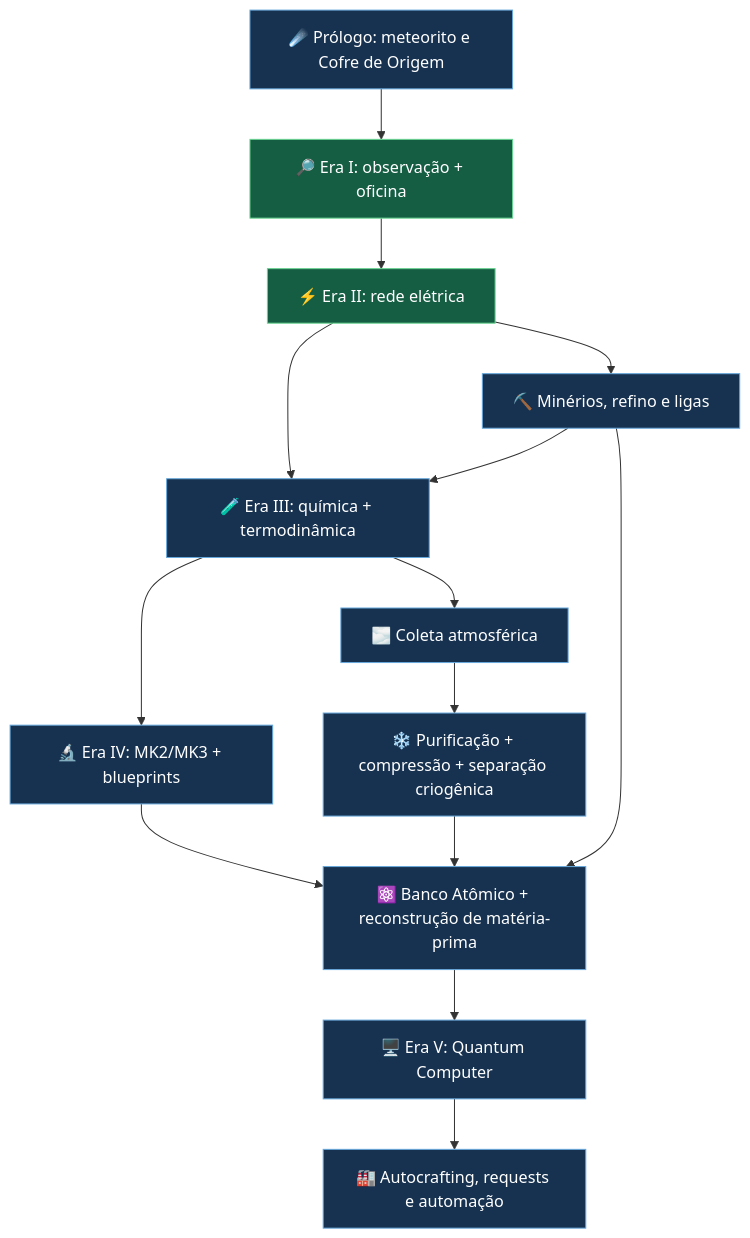
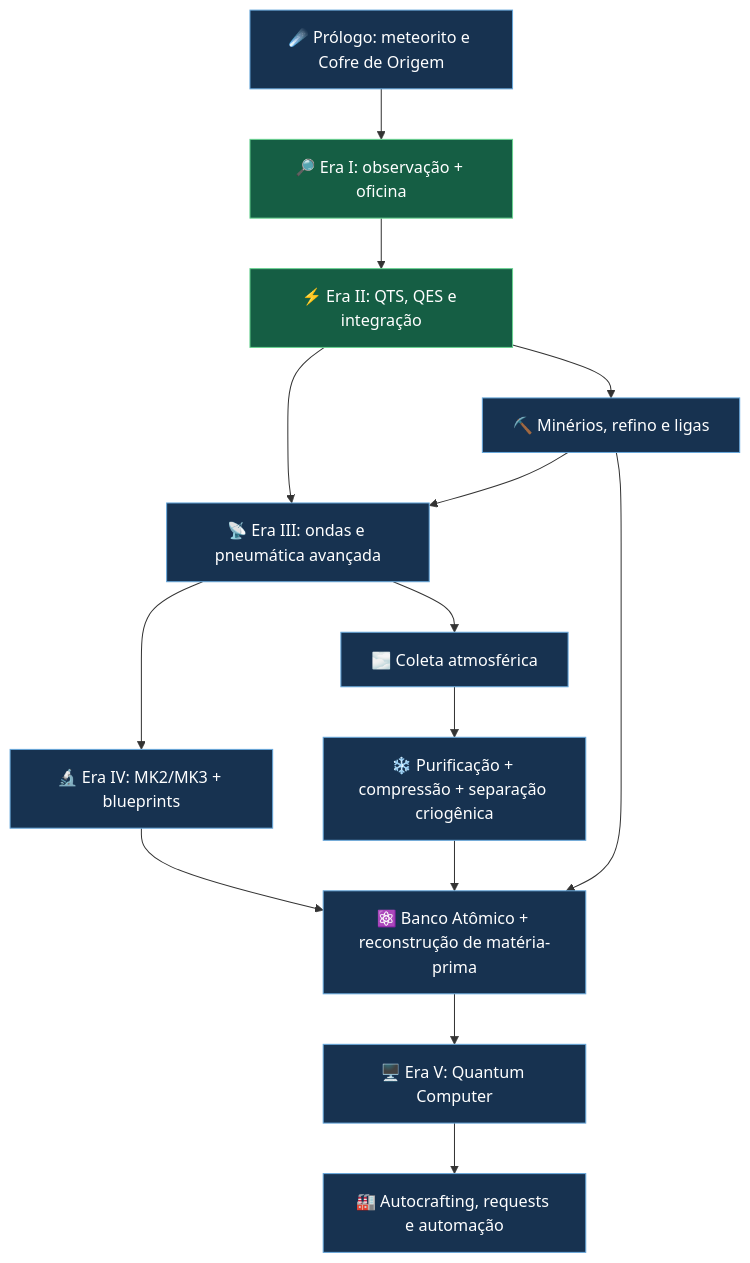
Before and after one commit to Vizinho-hn/Quantum-Industries: the first of 3 diagrams in docs/ROADMAP_QUANTUM.md, drawn with Mermaid. The commit also changed other lines of this file and 79 other files, not shown here.

Commit message:
feat(era2): implement QES, QTS, electric furnace and Era I-II research updates

````diff
--- a/docs/ROADMAP_QUANTUM.md
+++ b/docs/ROADMAP_QUANTUM.md
@@ -16,20 +16,20 @@
 ```mermaid
 flowchart TB
   A["☄️ Prólogo: meteorito e Cofre de Origem"] --> B["🔎 Era I: observação + oficina"]
-  B --> C["⚡ Era II: rede elétrica"]
-  C --> D["🧪 Era III: química + termodinâmica"]
+  B --> C["⚡ Era II: QTS, QES e integração"]
+  C --> D["📡 Era III: ondas e pneumática avançada"]
   D --> E["🔬 Era IV: MK2/MK3 + blueprints"]
   E --> F["⚛️ Banco Atômico + reconstrução de matéria-prima"]
   F --> G["🖥️ Era V: Quantum Computer"]
   G --> H["🏭 Autocrafting, requests e automação"]
   D --> I["🌫️ Coleta atmosférica"]
   I --> J["❄️ Purificação + compressão + separação criogênica"]
   J --> F
   C --> K["⛏️ Minérios, refino e ligas"]
   K --> D
   K --> F
   classDef existing fill:#155e44,color:#fff,stroke:#68d391,stroke-width:1px
   classDef planned fill:#173250,color:#fff,stroke:#67a8dc,stroke-width:1px
   class B,C existing
   class A,D,E,F,G,H,I,J,K planned
 ```
````
